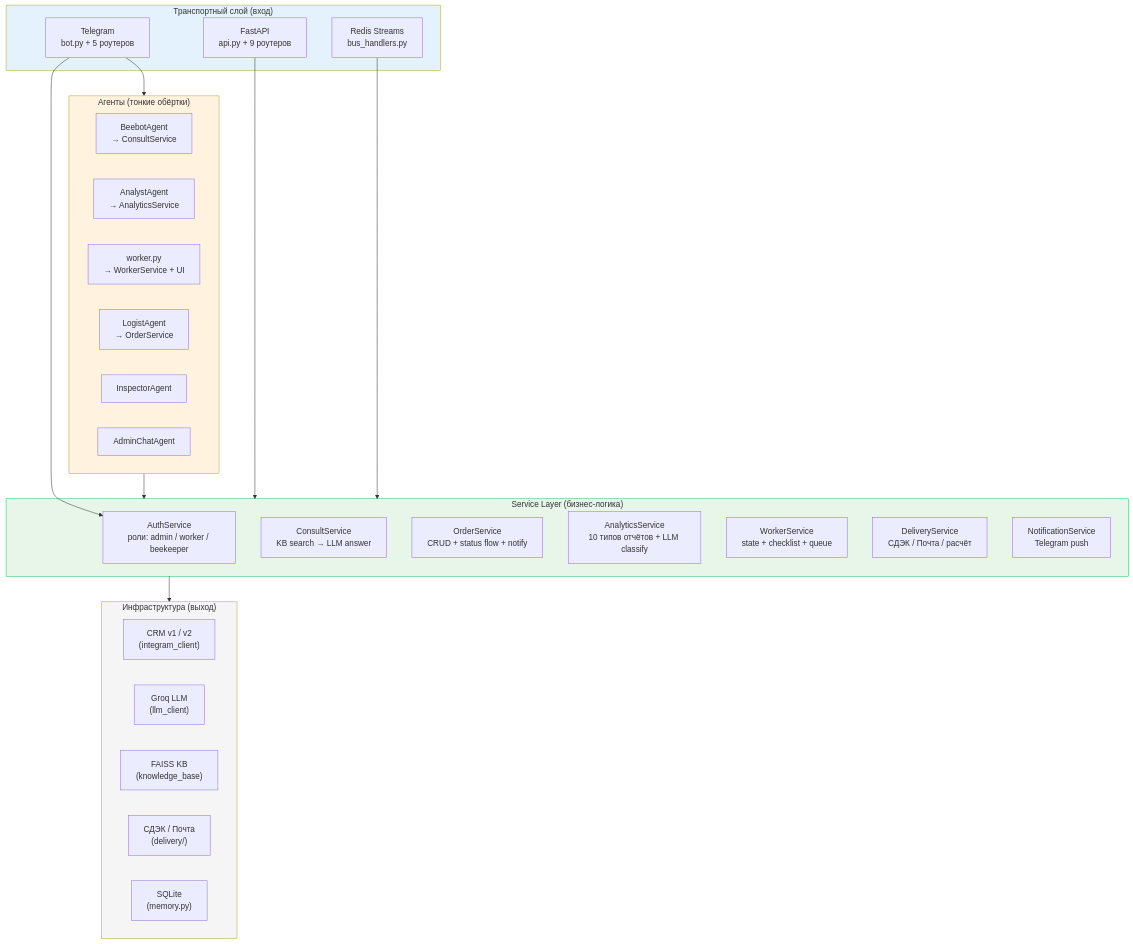
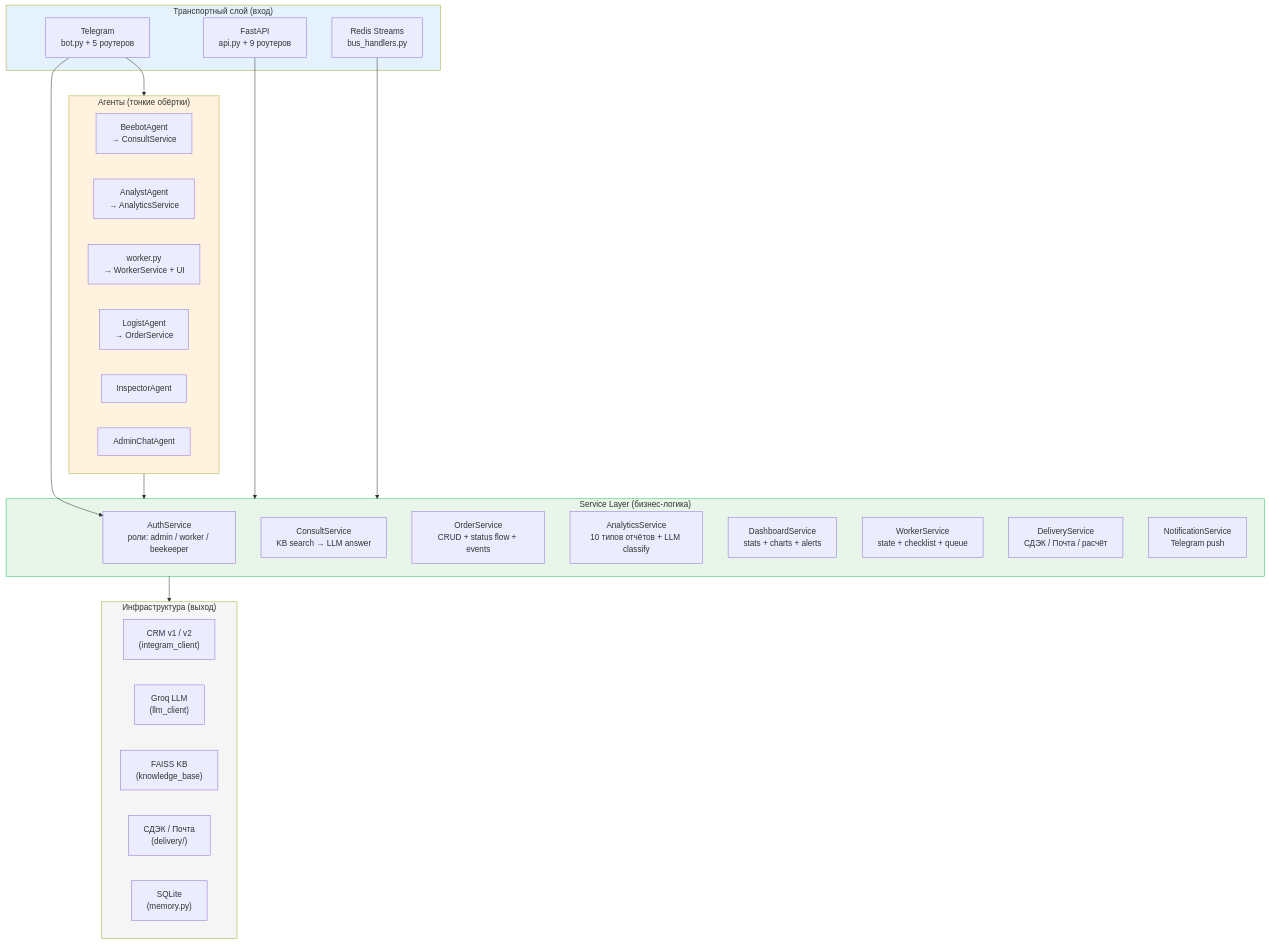
One commit to unidel2035/BEEBOT changed the third of 15 diagrams in docs/architecture.md. Above: the diagram before and after it, drawn with Mermaid. The commit also changed other lines of this file and 19 other files, not shown here.

````diff
--- a/docs/architecture.md
+++ b/docs/architecture.md
@@ -78,48 +145,49 @@
 ```mermaid
 graph TB
     subgraph TRANSPORT["Транспортный слой (вход)"]
         TG["Telegram<br/>bot.py + 5 роутеров"]
         WEB_T["FastAPI<br/>api.py + 9 роутеров"]
         REDIS_BUS["Redis Streams<br/>bus_handlers.py"]
     end
 
     subgraph SERVICES["Service Layer (бизнес-логика)"]
         AUTH_S["AuthService<br/>роли: admin / worker / beekeeper"]
         CONSULT_S["ConsultService<br/>KB search → LLM answer"]
-        ORDER_S["OrderService<br/>CRUD + status flow + notify"]
+        ORDER_S["OrderService<br/>CRUD + status flow + events"]
         ANALYTICS_S["AnalyticsService<br/>10 типов отчётов + LLM classify"]
+        DASHBOARD_S["DashboardService<br/>stats + charts + alerts"]
         WORKER_S["WorkerService<br/>state + checklist + queue"]
         DELIVERY_S["DeliveryService<br/>СДЭК / Почта / расчёт"]
         NOTIFY_S["NotificationService<br/>Telegram push"]
     end
 
     subgraph AGENTS_L["Агенты (тонкие обёртки)"]
         BEEBOT_A["BeebotAgent<br/>→ ConsultService"]
         ANALYST_A["AnalystAgent<br/>→ AnalyticsService"]
         WORKER_A["worker.py<br/>→ WorkerService + UI"]
         LOGIST_A["LogistAgent<br/>→ OrderService"]
         INSPECT_A["InspectorAgent"]
         ADMIN_A["AdminChatAgent"]
     end
 
     subgraph INFRA_L["Инфраструктура (выход)"]
         CRM_I["CRM v1 / v2<br/>(integram_client)"]
         LLM_I["Groq LLM<br/>(llm_client)"]
         KB_I["FAISS KB<br/>(knowledge_base)"]
         DEL_I["СДЭК / Почта<br/>(delivery/)"]
         MEM_I["SQLite<br/>(memory.py)"]
     end
 
     TG --> AUTH_S
     TG --> AGENTS_L
     WEB_T --> SERVICES
     REDIS_BUS --> SERVICES
 
     AGENTS_L --> SERVICES
     SERVICES --> INFRA_L
 
     style TRANSPORT fill:#e3f2fd
     style SERVICES fill:#e8f5e9,stroke:#22c55e
     style AGENTS_L fill:#fff3e0
     style INFRA_L fill:#f5f5f5
 ```
````
